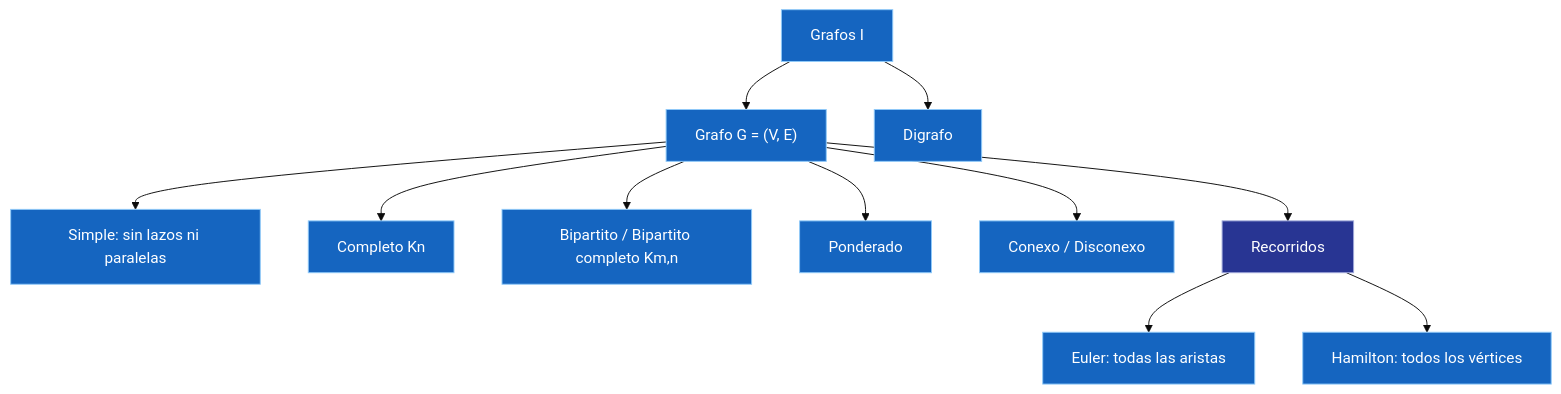
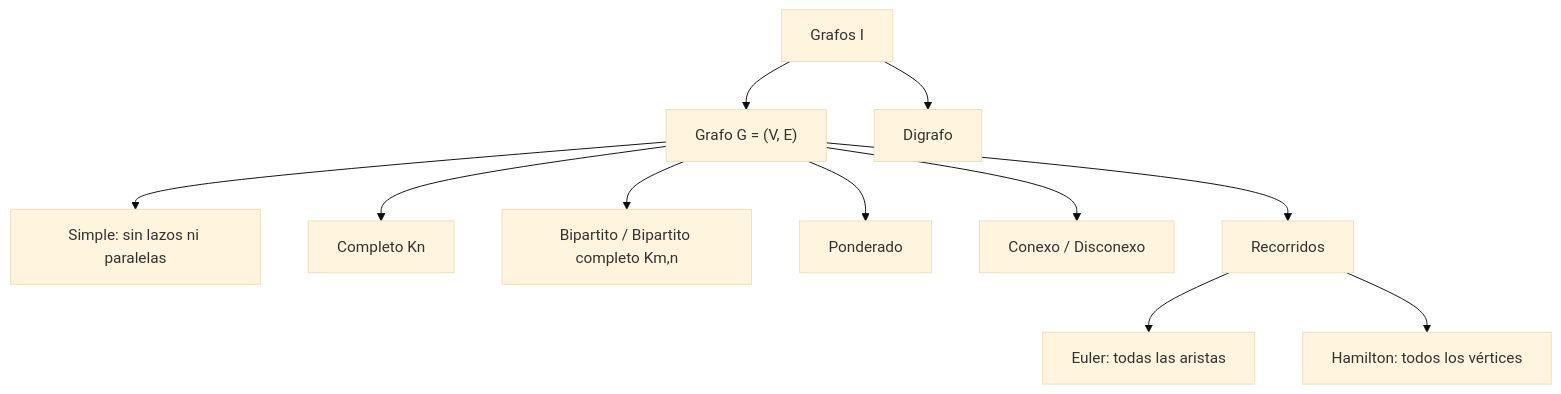
One commit to Fsteven22/Notas-ESPOL changed the second of 2 diagrams in src/site/notes/Universidad/3er Semestre/Matemáticas Discretas/Unidad 5 - Grafos y Árboles/01 - Grafos I - Conceptos Básicos y Recorridos.md. Above: the diagram before and after it, drawn with Mermaid (base theme). The commit also changed other lines of this file and 181 other files, not shown here.

````diff
--- a/src/site/notes/Universidad/3er Semestre/Matemáticas Discretas/Unidad 5 - Grafos y Árboles/01 - Grafos I - Conceptos Básicos y Recorridos.md
+++ b/src/site/notes/Universidad/3er Semestre/Matemáticas Discretas/Unidad 5 - Grafos y Árboles/01 - Grafos I - Conceptos Básicos y Recorridos.md
@@ -388,25 +355,14 @@
 ```mermaid
 graph TD
     A["Grafos I"] --> B["Grafo G = (V, E)"]
     A --> C["Digrafo"]
     B --> D["Simple: sin lazos ni paralelas"]
     B --> E["Completo Kn"]
     B --> F["Bipartito / Bipartito completo Km,n"]
     B --> G["Ponderado"]
     B --> H["Conexo / Disconexo"]
     B --> I["Recorridos"]
     I --> J["Euler: todas las aristas"]
     I --> K["Hamilton: todos los vértices"]
-    style A fill:#1565C0,color:#FFFFFF,stroke:#90CAF9,stroke-width:1px
-    style B fill:#1565C0,color:#FFFFFF,stroke:#90CAF9,stroke-width:1px
-    style C fill:#1565C0,color:#FFFFFF,stroke:#90CAF9,stroke-width:1px
-    style D fill:#1565C0,color:#FFFFFF,stroke:#90CAF9,stroke-width:1px
-    style E fill:#1565C0,color:#FFFFFF,stroke:#90CAF9,stroke-width:1px
-    style F fill:#1565C0,color:#FFFFFF,stroke:#90CAF9,stroke-width:1px
-    style G fill:#1565C0,color:#FFFFFF,stroke:#90CAF9,stroke-width:1px
-    style H fill:#1565C0,color:#FFFFFF,stroke:#90CAF9,stroke-width:1px
-    style I fill:#283593,color:#FFFFFF,stroke:#9FA8DA,stroke-width:1px
-    style J fill:#1565C0,color:#FFFFFF,stroke:#90CAF9,stroke-width:1px
-    style K fill:#1565C0,color:#FFFFFF,stroke:#90CAF9,stroke-width:1px
 
 ```
````
